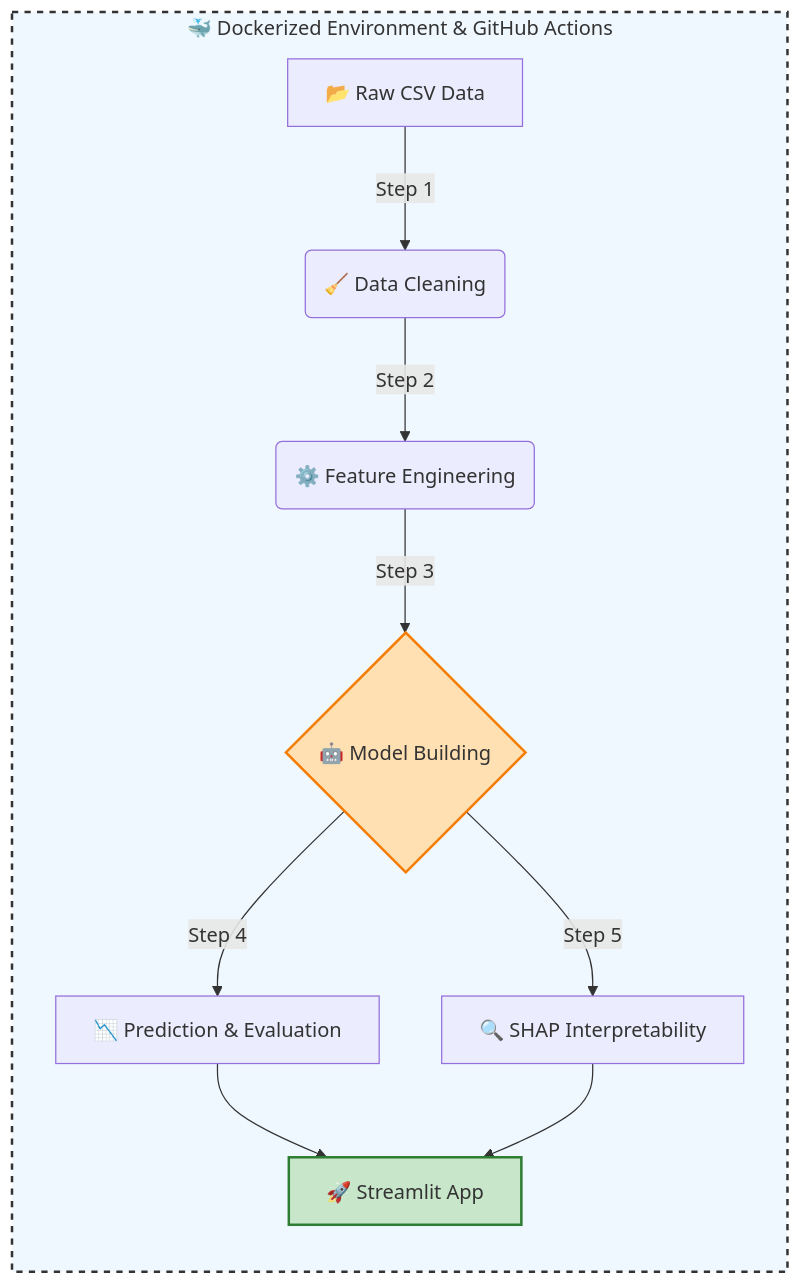
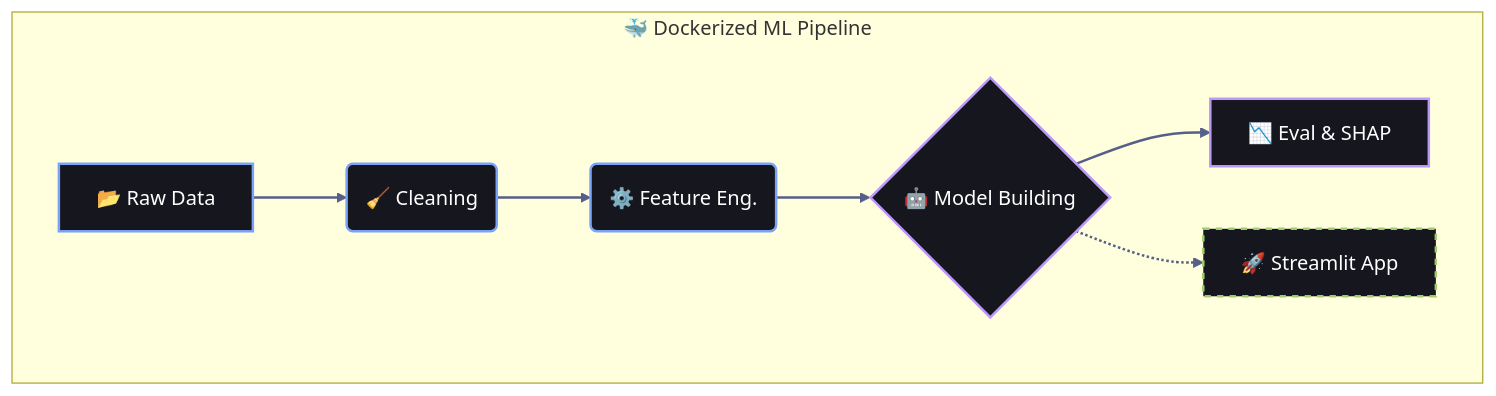
Before and after one commit to chgwyellow/chgwyellow: the diagram in README.md, drawn with Mermaid.

````diff
--- a/README.md
+++ b/README.md
@@ -66,20 +66,19 @@
 ```mermaid
-graph TD
-    subgraph Container [🐳 Dockerized Environment & GitHub Actions]
-        direction TB
+graph LR
+    classDef data fill:#16161e,stroke:#7aa2f7,stroke-width:2px,color:#fff
+    classDef model fill:#16161e,stroke:#bb9af7,stroke-width:2px,color:#fff
+    classDef deploy fill:#16161e,stroke:#9ece6a,stroke-width:2px,color:#fff,stroke-dasharray: 5 5
+    
+    subgraph Pipeline [🐳 Dockerized ML Pipeline]
+        direction LR
+        Raw[📂 Raw Data]:::data --> Clean(🧹 Cleaning):::data
+        Clean --> Feat(⚙️ Feature Eng.):::data
+        Feat --> Train{🤖 Model Building}:::model
         
-        Input[📂 Raw CSV Data] -->|Step 1| Clean(🧹 Data Cleaning)
-        Clean -->|Step 2| Feature(⚙️ Feature Engineering)
-        
-        Feature -->|Step 3| Model{🤖 Model Building}
-        Model -->|Step 4| Eval[📉 Prediction & Evaluation]
-        Model -->|Step 5| SHAP[🔍 SHAP Interpretability]
-        
-        Eval --> App[🚀 Streamlit App]
-        SHAP --> App
+        %% 分支：一邊做評估與解釋，一邊做部署
+        Train --> Eval[📉 Eval & SHAP]:::model
+        Train -.-> App[🚀 Streamlit App]:::deploy
     end
 
-    style Container fill:#f0f8ff,stroke:#333,stroke-width:2px,stroke-dasharray: 5 5
-    style Model fill:#ffe0b2,stroke:#f57c00,stroke-width:2px
-    style App fill:#c8e6c9,stroke:#2e7d32,stroke-width:2px
+    linkStyle default stroke:#565f89,stroke-width:2px;
 ```
````
